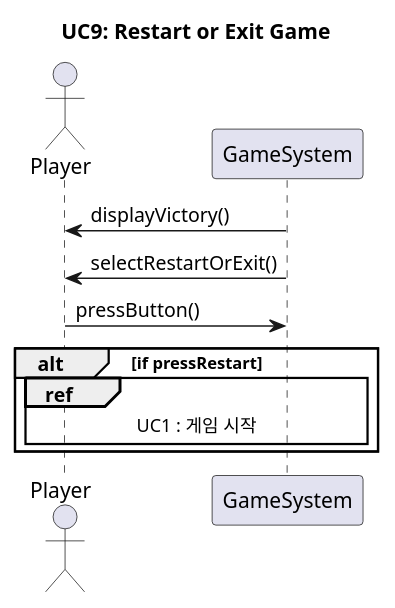
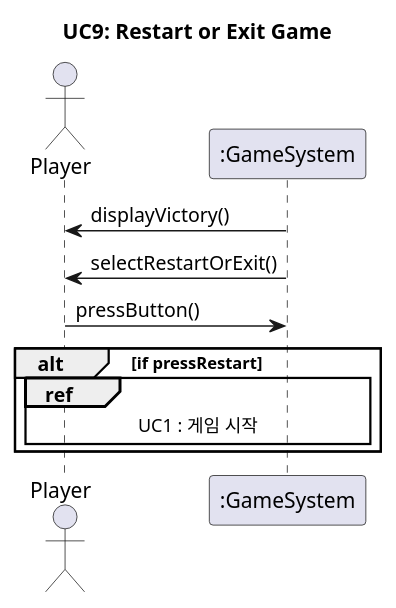
One commit to jack0928/SE-Term-Project-2025 changed the diagram in UC9.puml. Above: the diagram before and after it, drawn with PlantUML. The commit also changed 11 other files, not shown here.

Commit message:
docs: sequence diagram minor changed fixed and annotations have been added

```diff
--- a/UC9.puml
+++ b/UC9.puml
@@ -1,18 +1,18 @@
 @startuml
 
 title: UC9: Restart or Exit Game
 
 actor Player
-participant GameSystem
+participant ":GameSystem" as GameSystem
 
 GameSystem -> Player : displayVictory()
 GameSystem -> Player : selectRestartOrExit()
 Player -> GameSystem : pressButton()
 alt if pressRestart
 	ref over GameSystem , Player
 		UC1 : 게임 시작
 	end ref
 
 end alt
 
 @enduml
```
